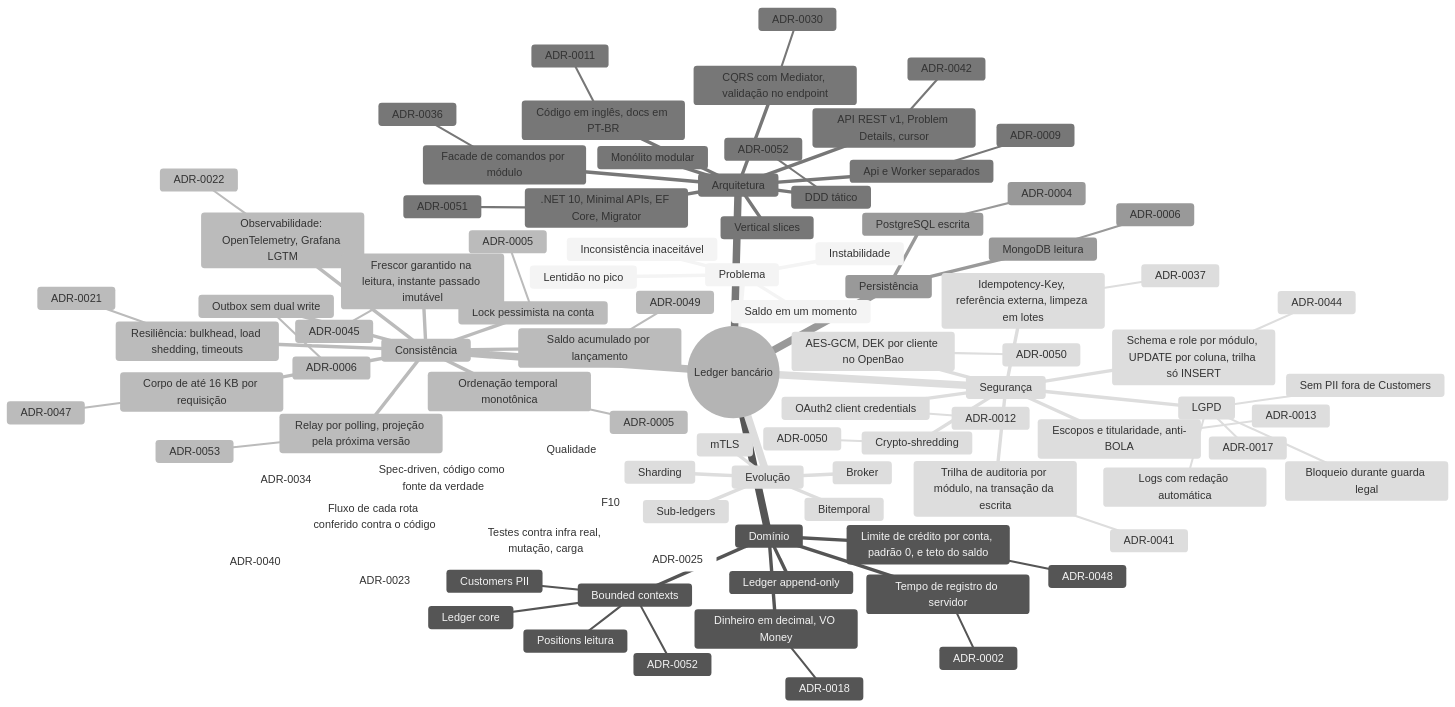
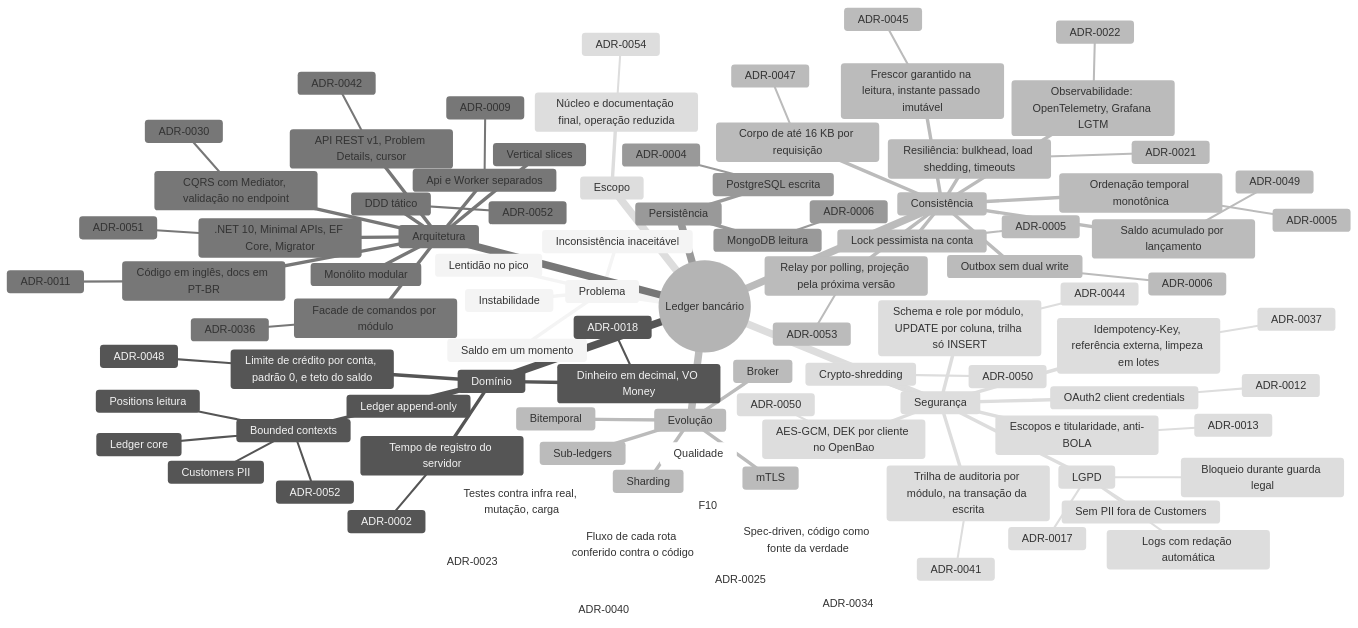
One commit to arthuurw/desafio-arquiteto-keyrus changed the first of 2 diagrams in docs/mapa-de-decisoes.md. Above: the diagram before and after it, drawn with Mermaid (neutral theme). The commit also changed other lines of this file and 8 other files, not shown here.

```diff
--- a/docs/mapa-de-decisoes.md
+++ b/docs/mapa-de-decisoes.md
@@ -112,6 +112,9 @@
         ADR-0040
       Zero warnings, NuGet Audit, CI; CodeQL previsto (F10)
         ADR-0025
+    Escopo
+      Núcleo e documentação final, operação reduzida
+        ADR-0054
     Evolução
       Broker
       Bitemporal
```
